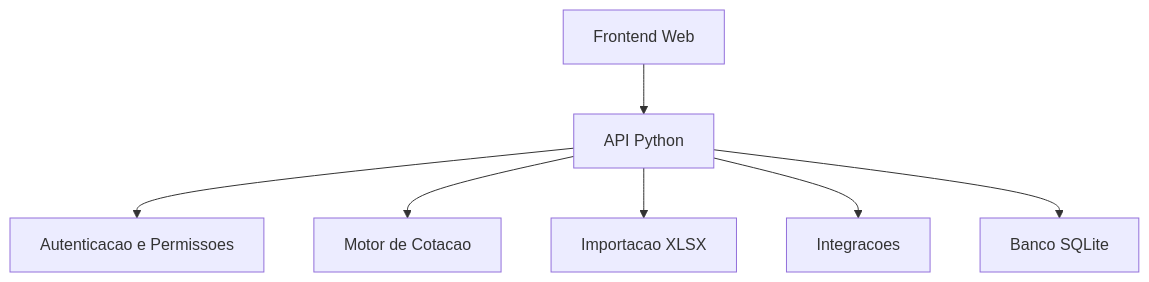
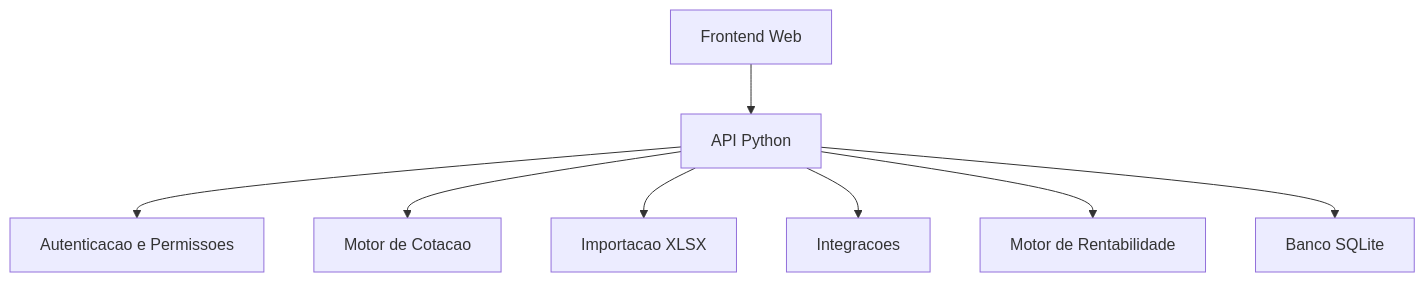
One commit to JefersonVasconcelos/fretehub-mvp changed the first of 5 diagrams in docs/arquitetura.md. Above: the diagram before and after it, drawn with Mermaid. The commit also changed other lines of this file and 12 other files, not shown here.

````diff
--- a/docs/arquitetura.md
+++ b/docs/arquitetura.md
@@ -44,9 +44,10 @@
 ```mermaid
 flowchart TD
   A["Frontend Web"] --> B["API Python"]
   B --> C["Autenticacao e Permissoes"]
   B --> D["Motor de Cotacao"]
   B --> E["Importacao XLSX"]
   B --> F["Integracoes"]
-  B --> G["Banco SQLite"]
+  B --> G["Motor de Rentabilidade"]
+  B --> H["Banco SQLite"]
 ```
````
